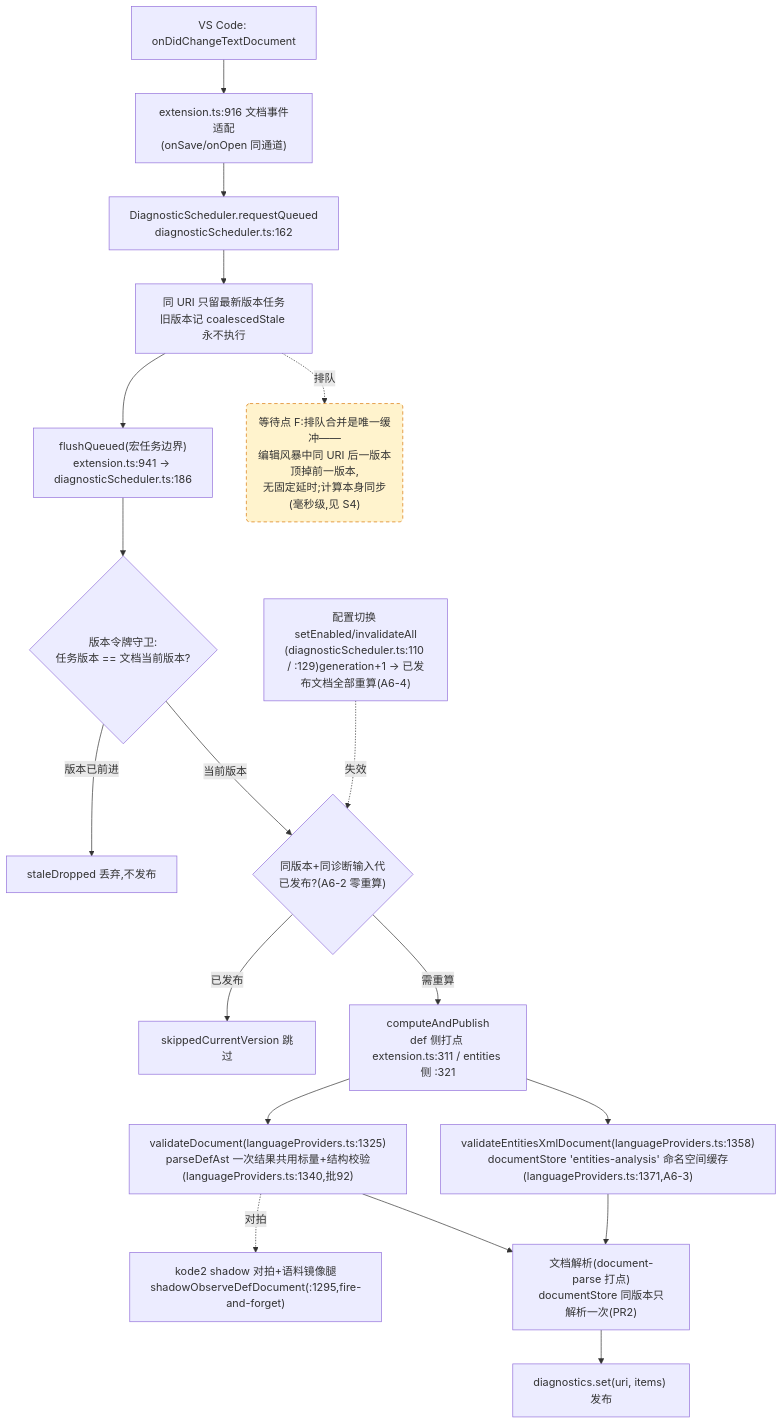
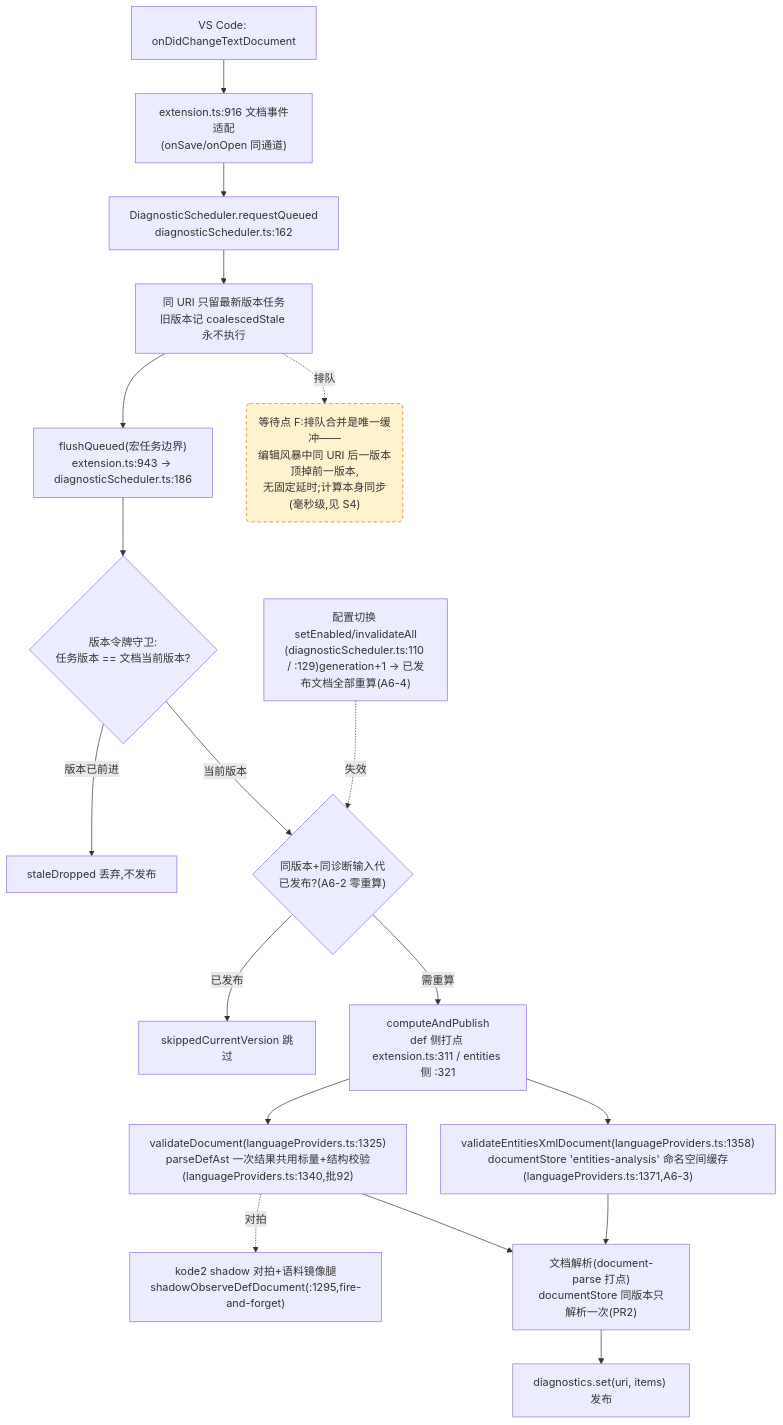
Before and after one commit to cuihairu/kode: the fourth of 4 diagrams in docs/perf/2026-baseline.md, drawn with Mermaid. The commit also changed 6 other files, not shown here.

````diff
--- a/docs/perf/2026-baseline.md
+++ b/docs/perf/2026-baseline.md
@@ -214,38 +214,38 @@
 ```mermaid
 flowchart TD
   CHG["VS Code: onDidChangeTextDocument"]
   WATCH["extension.ts:916 文档事件适配<br/>(onSave/onOpen 同通道)"]
   RQ["DiagnosticScheduler.requestQueued<br/>diagnosticScheduler.ts:162"]
   CO["同 URI 只留最新版本任务<br/>旧版本记 coalescedStale 永不执行"]
-  FL["flushQueued(宏任务边界)<br/>extension.ts:941 → diagnosticScheduler.ts:186"]
+  FL["flushQueued(宏任务边界)<br/>extension.ts:943 → diagnosticScheduler.ts:186"]
   VG{"版本令牌守卫:<br/>任务版本 == 文档当前版本?"}
   DROP["staleDropped 丢弃,不发布"]
   GEN{"同版本+同诊断输入代<br/>已发布?(A6-2 零重算)"}
   SKIP["skippedCurrentVersion 跳过"]
   CALC["computeAndPublish<br/>def 侧打点 extension.ts:311 / entities 侧 :321"]
   VD["validateDocument(languageProviders.ts:1325)<br/>parseDefAst 一次结果共用标量+结构校验(languageProviders.ts:1340,批92)"]
   VEX["validateEntitiesXmlDocument(languageProviders.ts:1358)<br/>documentStore 'entities-analysis' 命名空间缓存(languageProviders.ts:1371,A6-3)"]
   SHDD["kode2 shadow 对拍+语料镜像腿<br/>shadowObserveDefDocument(:1295,fire-and-forget)"]
   DS["文档解析(document-parse 打点)<br/>documentStore 同版本只解析一次(PR2)"]
   PUB["diagnostics.set(uri, items) 发布"]
   CFG2["配置切换 setEnabled/invalidateAll<br/>(diagnosticScheduler.ts:110 / :129)generation+1 → 已发布文档全部重算(A6-4)"]
 
   CHG --> WATCH --> RQ --> CO --> FL --> VG
   VG -- "版本已前进" --> DROP
   VG -- "当前版本" --> GEN
   GEN -- "已发布" --> SKIP
   GEN -- "需重算" --> CALC
   CALC --> VD
   CALC --> VEX
   VD --> DS
   VEX --> DS
   DS --> PUB
   VD -.->|对拍| SHDD
   CFG2 -.->|失效| GEN
 
   WAITF("等待点 F:排队合并是唯一缓冲——<br/>编辑风暴中同 URI 后一版本顶掉前一版本,<br/>无固定延时;计算本身同步(毫秒级,见 S4)")
   CO -.->|排队| WAITF
 
   classDef waitPoint fill:#fff3cd,stroke:#d97706,stroke-dasharray:5 4;
   class WAITF waitPoint;
 ```
````
